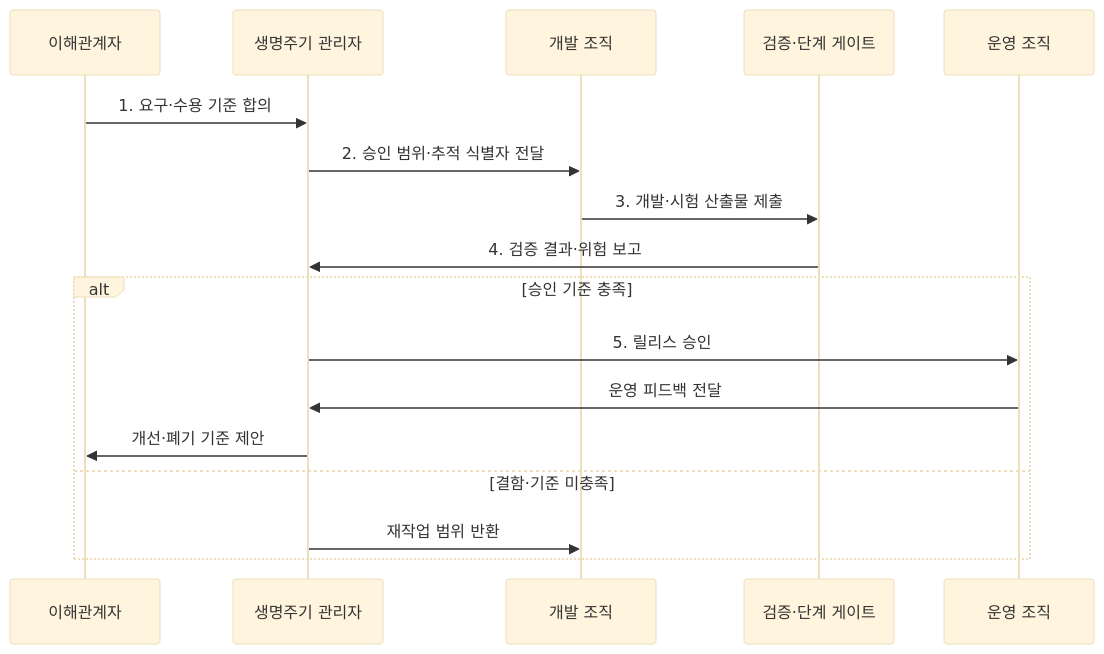
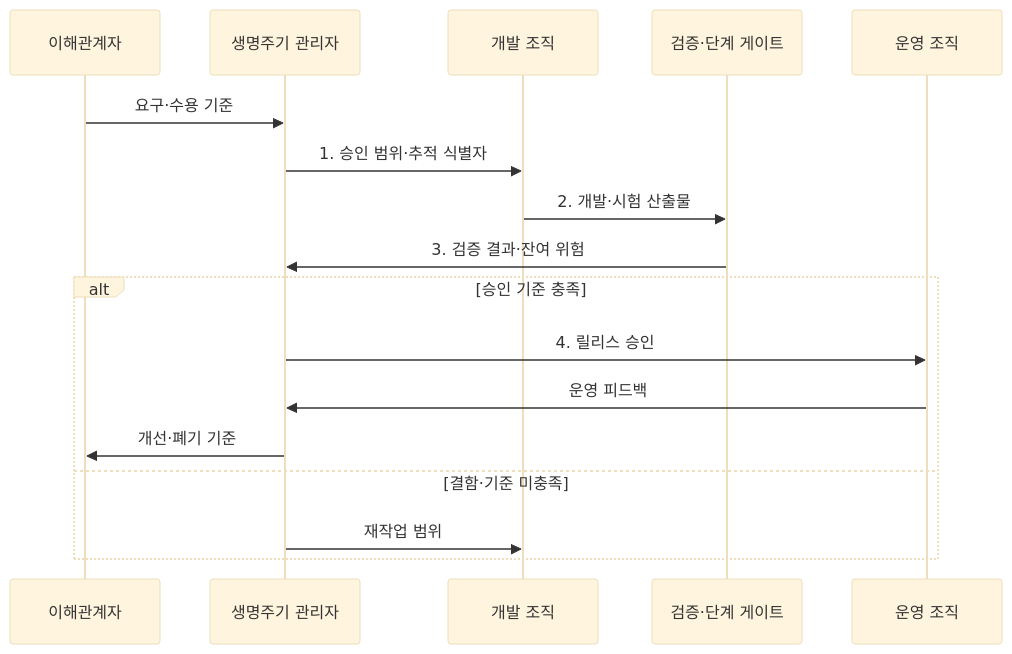
One commit to agnusdei1207/knowledge-base changed the second of 2 diagrams in src/content/docs/notes/03-software/030_software_development_lifecycle.md. Above: the diagram before and after it, drawn with Mermaid (base theme). The commit also changed other lines of this file and 20 other files, not shown here.

````diff
--- a/src/content/docs/notes/03-software/030_software_development_lifecycle.md
+++ b/src/content/docs/notes/03-software/030_software_development_lifecycle.md
@@ -85,20 +89,20 @@
 ```mermaid
 sequenceDiagram
     participant S as 이해관계자
     participant M as 생명주기 관리자
     participant D as 개발 조직
     participant V as 검증·단계 게이트
     participant O as 운영 조직
 
-    S->>M: 1. 요구·수용 기준 합의
-    M->>D: 2. 승인 범위·추적 식별자 전달
-    D->>V: 3. 개발·시험 산출물 제출
-    V->>M: 4. 검증 결과·위험 보고
+    S->>M: 요구·수용 기준
+    M->>D: 1. 승인 범위·추적 식별자
+    D->>V: 2. 개발·시험 산출물
+    V->>M: 3. 검증 결과·잔여 위험
     alt 승인 기준 충족
-        M->>O: 5. 릴리스 승인
-        O->>M: 운영 피드백 전달
-        M->>S: 개선·폐기 기준 제안
+        M->>O: 4. 릴리스 승인
+        O->>M: 운영 피드백
+        M->>S: 개선·폐기 기준
     else 결함·기준 미충족
-        M->>D: 재작업 범위 반환
+        M->>D: 재작업 범위
     end
 ```
````
